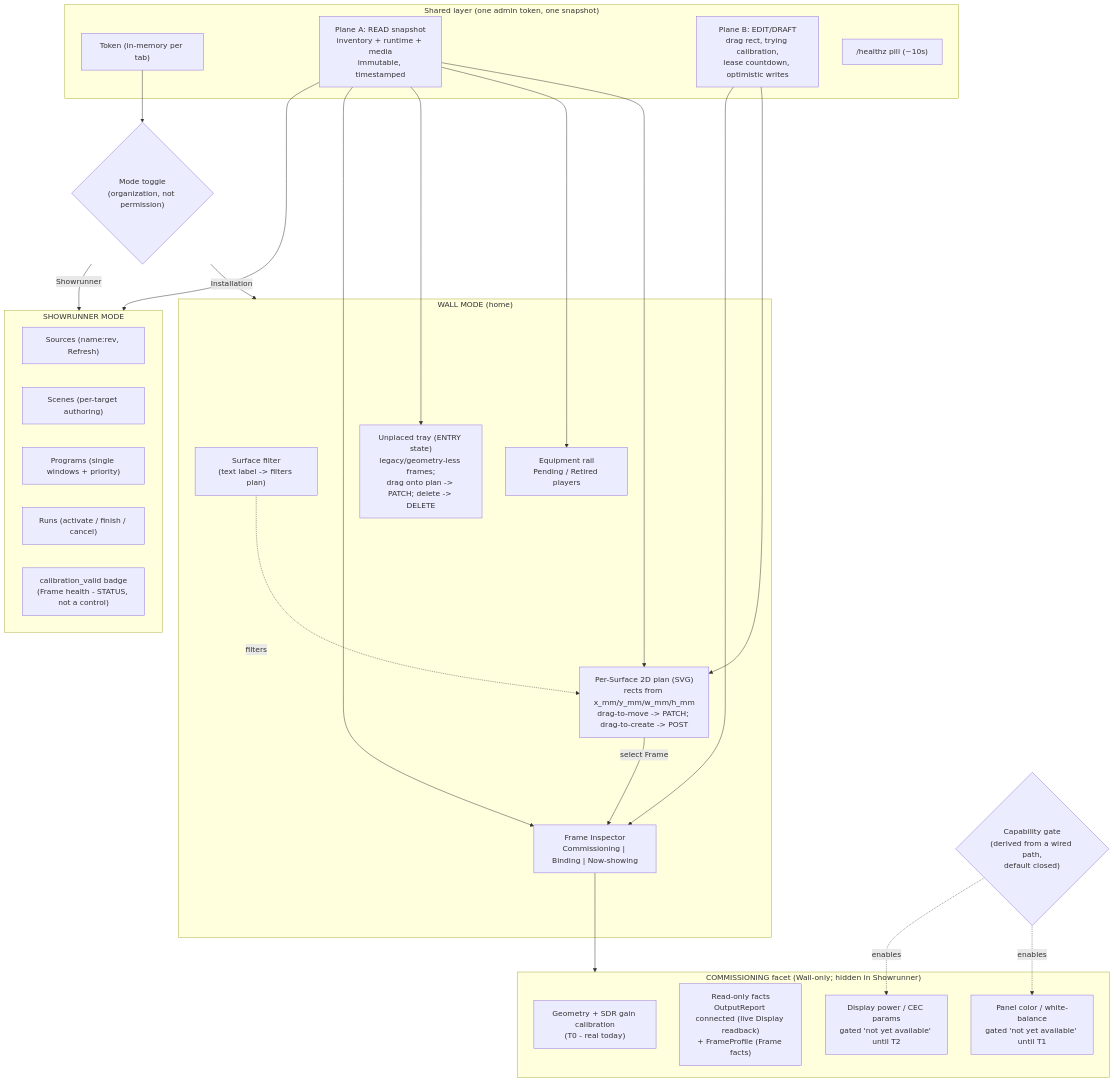
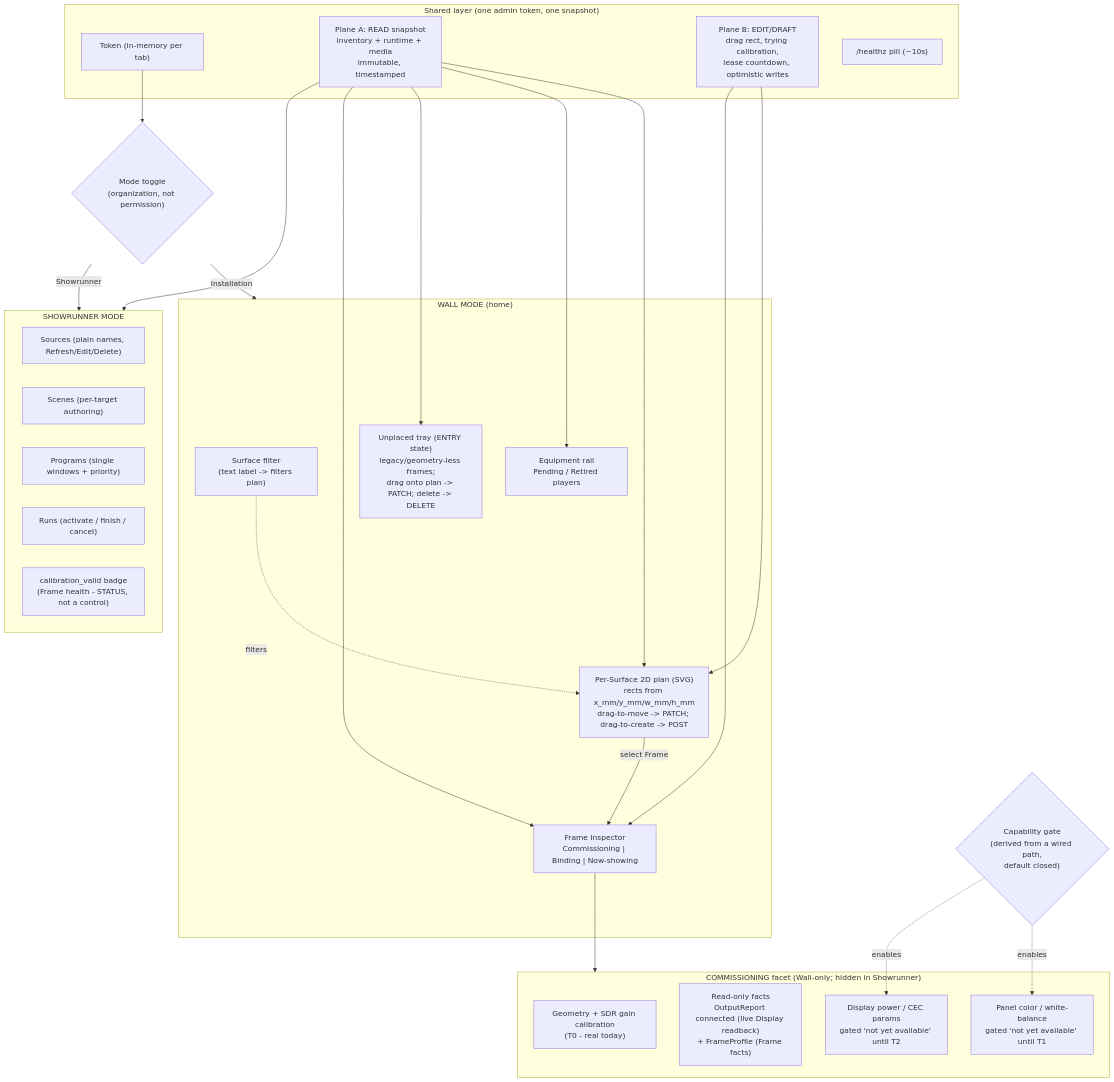
One commit to mcurcio/photo-wall changed the first of 8 diagrams in docs/operator-console-ux-design.md. Above: the diagram before and after it, drawn with Mermaid. The commit also changed other lines of this file and 58 other files, not shown here.

````diff
--- a/docs/operator-console-ux-design.md
+++ b/docs/operator-console-ux-design.md
@@ -130,51 +130,51 @@
 ```mermaid
 graph TD
   subgraph SHARED["Shared layer (one admin token, one snapshot)"]
     TOK["Token (in-memory per tab)"]
     SNAP["Plane A: READ snapshot<br/>inventory + runtime + media<br/>immutable, timestamped"]
     DRAFT["Plane B: EDIT/DRAFT<br/>drag rect, trying calibration,<br/>lease countdown, optimistic writes"]
     HEALTH["/healthz pill (~10s)"]
   end
 
   TOK --> MODE{"Mode toggle<br/>(organization, not permission)"}
 
   subgraph WALL["WALL MODE (home)"]
     SURF["Surface filter<br/>(text label -> filters plan)"]
     PLAN["Per-Surface 2D plan (SVG)<br/>rects from x_mm/y_mm/w_mm/h_mm<br/>drag-to-move -> PATCH; drag-to-create -> POST"]
     TRAY["Unplaced tray (ENTRY state)<br/>legacy/geometry-less frames;<br/>drag onto plan -> PATCH; delete -> DELETE"]
     RAIL["Equipment rail<br/>Pending / Retired players"]
     INSP["Frame Inspector<br/>Commissioning | Binding | Now-showing"]
   end
 
   subgraph COMM["COMMISSIONING facet (Wall-only; hidden in Showrunner)"]
     GEO["Geometry + SDR gain calibration<br/>(T0 - real today)"]
     DFACTS["Read-only facts<br/>OutputReport connected (live Display readback)<br/>+ FrameProfile (Frame facts)"]
     COLOR["Panel color / white-balance<br/>gated 'not yet available' until T1"]
     POWER["Display power / CEC params<br/>gated 'not yet available' until T2"]
   end
 
   subgraph SHOW["SHOWRUNNER MODE"]
-    SRC["Sources (name:rev, Refresh)"]
+    SRC["Sources (plain names, Refresh/Edit/Delete)"]
     SCN["Scenes (per-target authoring)"]
     PRG["Programs (single windows + priority)"]
     RUN["Runs (activate / finish / cancel)"]
     BADGE["calibration_valid badge<br/>(Frame health - STATUS, not a control)"]
   end
 
   CAP{"Capability gate<br/>(derived from a wired path,<br/>default closed)"}
 
   MODE -->|Installation| WALL
   MODE -->|Showrunner| SHOW
   SNAP --> PLAN
   SNAP --> RAIL
   SNAP --> TRAY
   SNAP --> INSP
   SNAP --> SHOW
   DRAFT --> PLAN
   DRAFT --> INSP
   PLAN -->|select Frame| INSP
   INSP --> COMM
   SURF -.filters.-> PLAN
   CAP -.enables.-> COLOR
   CAP -.enables.-> POWER
 ```
````
